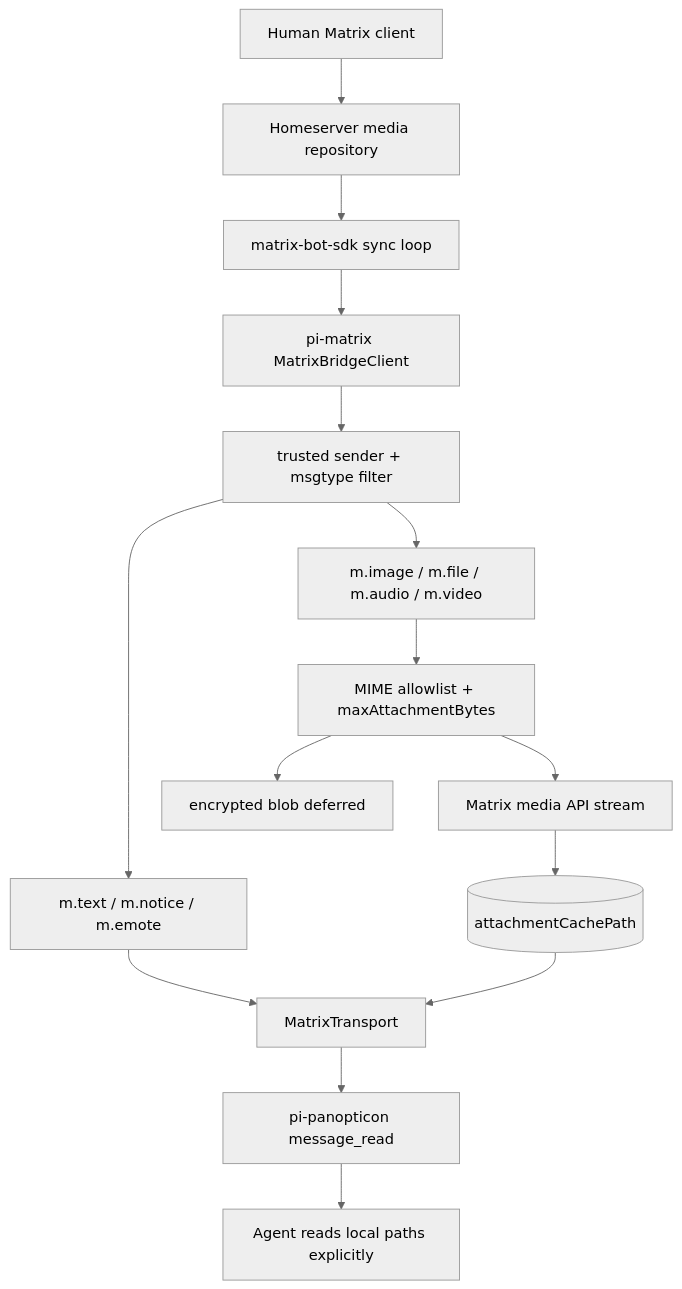
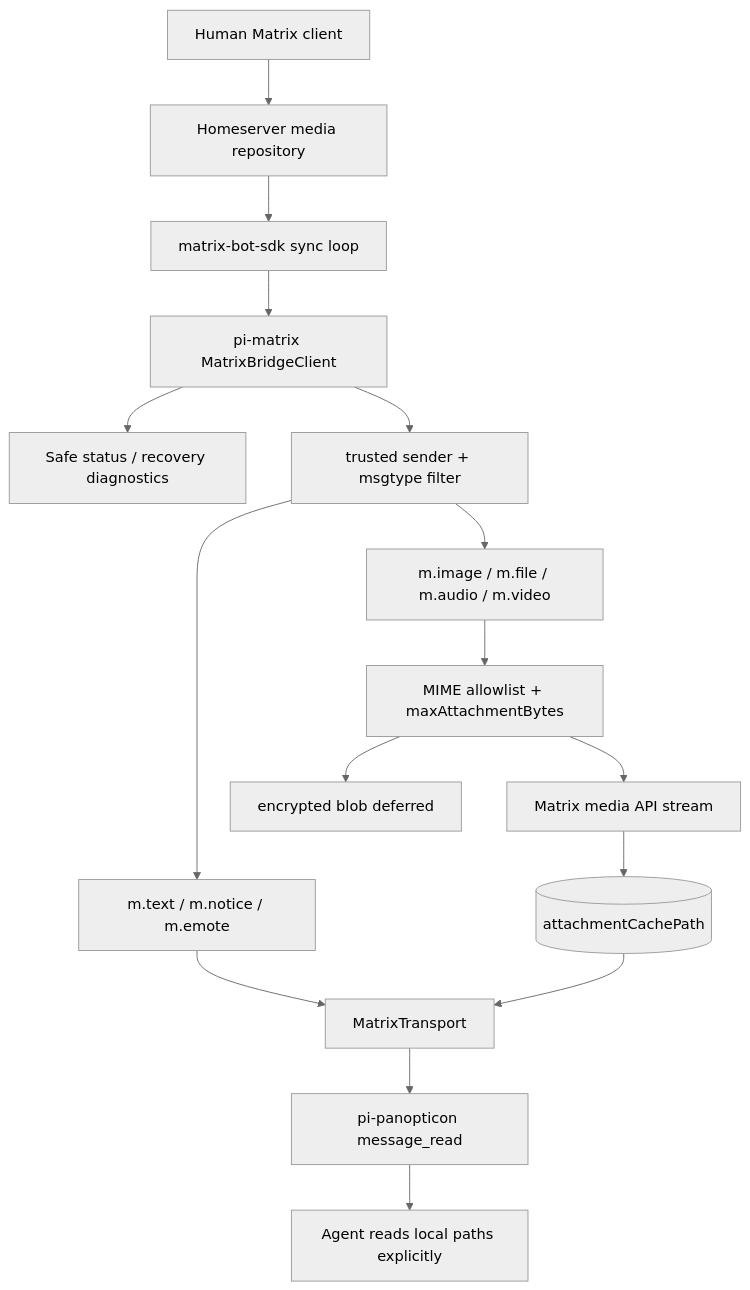
Before and after one commit to tS7hKamAYL84j91/pi-tools-and-skills: the tenth of 14 diagrams in docs/architecture.md, drawn with Mermaid (neutral theme). The commit also changed other lines of this file and 6 other files, not shown here.

Commit message:
feat(matrix): add safe diagnostics and attachment recovery

````diff
--- a/docs/architecture.md
+++ b/docs/architecture.md
@@ -405,17 +405,18 @@
 ```mermaid
 flowchart TD
   Human[Human Matrix client] --> HS[Homeserver media repository]
   HS --> SDK[matrix-bot-sdk sync loop]
   SDK --> Matrix[pi-matrix MatrixBridgeClient]
+  Matrix --> Diagnostics[Safe status / recovery diagnostics]
   Matrix --> Filter[trusted sender + msgtype filter]
   Filter --> Text[m.text / m.notice / m.emote]
   Filter --> Media[m.image / m.file / m.audio / m.video]
   Media --> Gates[MIME allowlist + maxAttachmentBytes]
   Gates --> Download[Matrix media API stream]
   Gates --> Deferred[encrypted blob deferred]
   Download --> Cache[(attachmentCachePath)]
   Text --> Transport[MatrixTransport]
   Cache --> Transport
   Transport --> Panopticon[pi-panopticon message_read]
   Panopticon --> Agent[Agent reads local paths explicitly]
 ```
````
